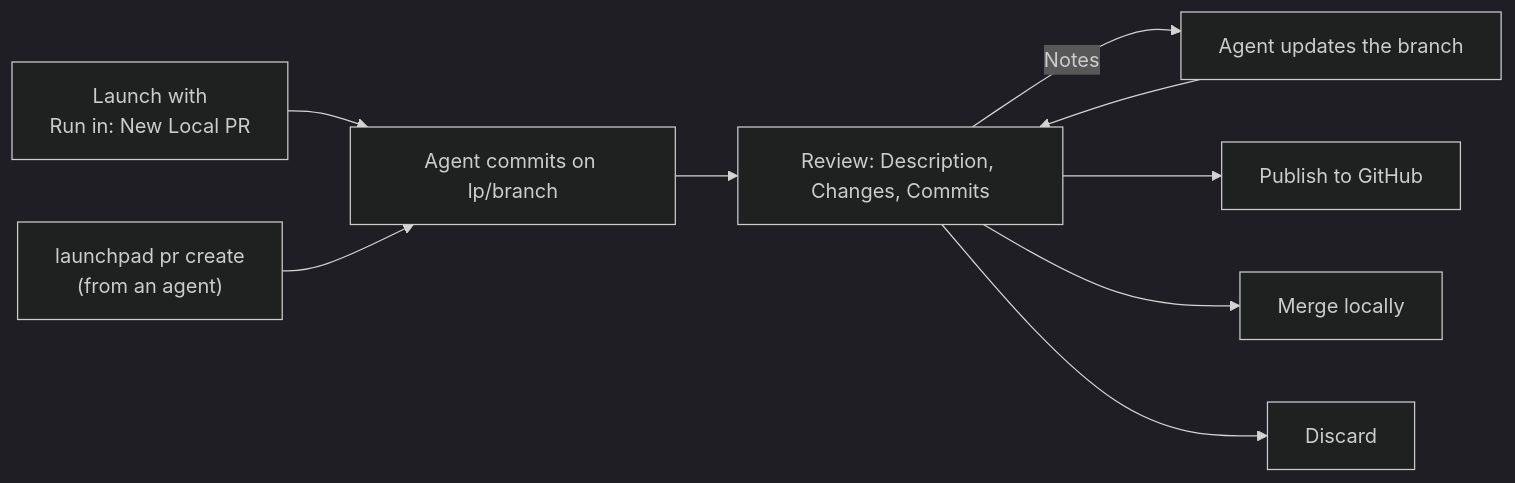
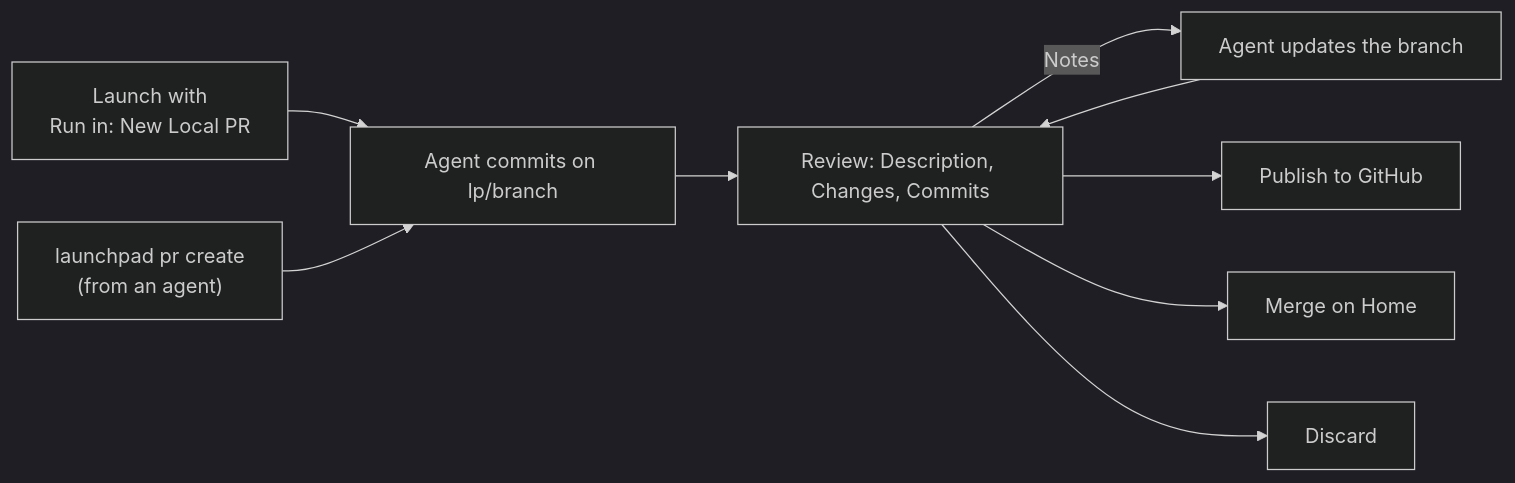
One commit to Wauplin/launchpad changed the diagram in docs/github.md. Above: the diagram before and after it, drawn with Mermaid (dark theme). The commit also changed other lines of this file and 76 other files, not shown here.

````diff
--- a/docs/github.md
+++ b/docs/github.md
@@ -58,11 +58,11 @@
 ```mermaid
 flowchart LR
     A["Launch with<br/>Run in: New Local PR"] --> B[Agent commits on lp/branch]
     C["launchpad pr create<br/>(from an agent)"] --> B
     B --> D[Review: Description, Changes, Commits]
     D -->|Notes| E[Agent updates the branch]
     E --> D
     D --> F[Publish to GitHub]
-    D --> G[Merge locally]
+    D --> G[Merge on Home]
     D --> H[Discard]
 ```
````
